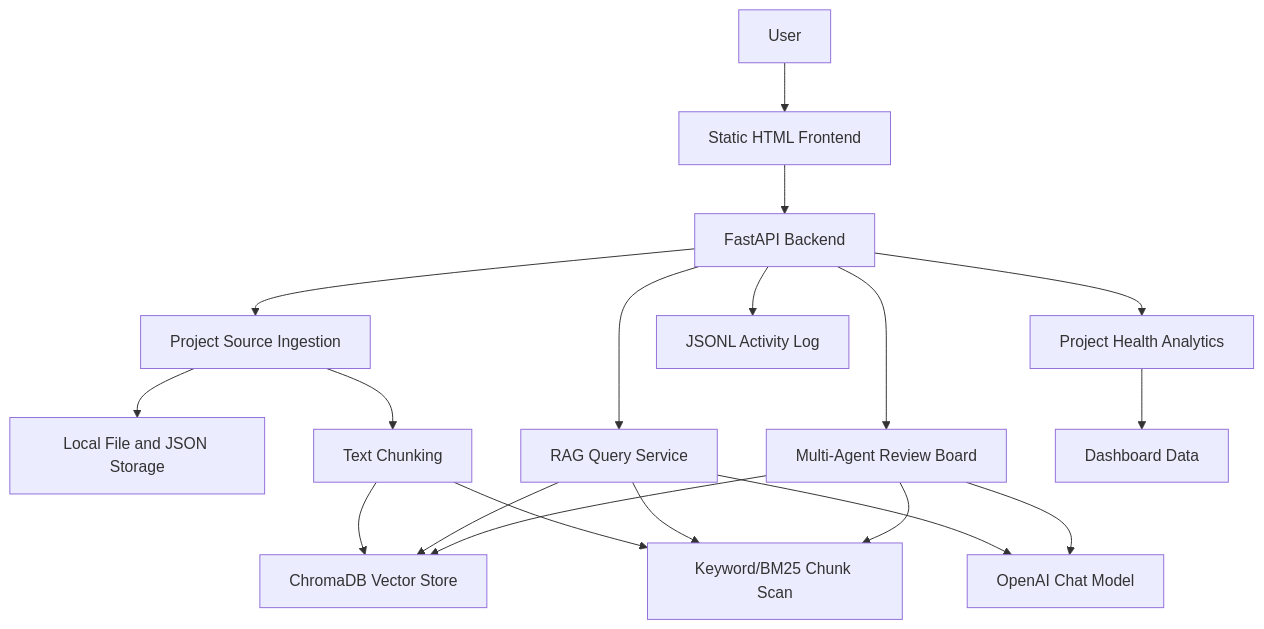
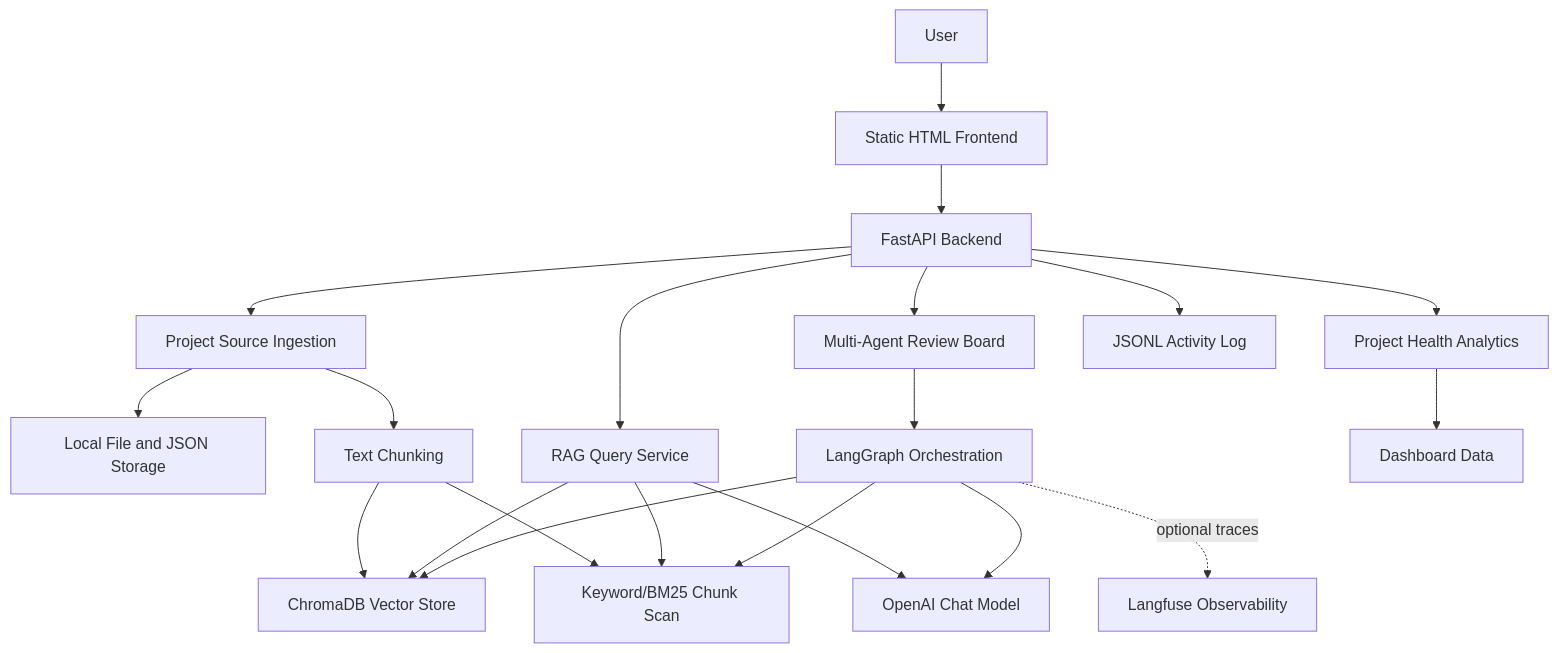
One commit to PranayRudra-3107/Base changed the second of 3 diagrams in README.md. Above: the diagram before and after it, drawn with Mermaid. The commit also changed other lines of this file and 6 other files, not shown here.

````diff
--- a/README.md
+++ b/README.md
@@ -154,21 +172,23 @@
 ```mermaid
 graph TD
   User[User] --> Frontend[Static HTML Frontend]
   Frontend --> API[FastAPI Backend]
   API --> Ingest[Project Source Ingestion]
   Ingest --> Storage[Local File and JSON Storage]
   Ingest --> Chunks[Text Chunking]
   Chunks --> VectorDB[ChromaDB Vector Store]
   Chunks --> Keyword[Keyword/BM25 Chunk Scan]
   API --> RAG[RAG Query Service]
   RAG --> VectorDB
   RAG --> Keyword
   RAG --> OpenAI[OpenAI Chat Model]
   API --> ReviewBoard[Multi-Agent Review Board]
-  ReviewBoard --> VectorDB
-  ReviewBoard --> Keyword
-  ReviewBoard --> OpenAI
+  ReviewBoard --> LangGraph[LangGraph Orchestration]
+  LangGraph --> VectorDB
+  LangGraph --> Keyword
+  LangGraph --> OpenAI
+  LangGraph -. optional traces .-> Langfuse[Langfuse Observability]
   API --> Analytics[Project Health Analytics]
   Analytics --> Dashboard[Dashboard Data]
   API --> ActivityLog[JSONL Activity Log]
 ```
````
